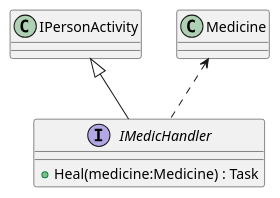
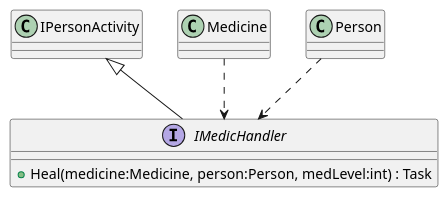
Before and after one commit to kollibroman/ColonySimulator: the diagram in UmlSchemas/ProjectSchema/Handlers/Interfaces/ProfessionsInterfaces/IMedicHandler.puml, drawn with PlantUML. The commit also changed 91 other files, not shown here.

```diff
--- a/UmlSchemas/ProjectSchema/Handlers/Interfaces/ProfessionsInterfaces/IMedicHandler.puml
+++ b/UmlSchemas/ProjectSchema/Handlers/Interfaces/ProfessionsInterfaces/IMedicHandler.puml
@@ -1,7 +1,9 @@
 @startuml
 interface IMedicHandler {
-    + Heal(medicine:Medicine) : Task
+    + Heal(medicine:Medicine, person:Person, medLevel:int) : Task
 }
 IPersonActivity <|-- IMedicHandler
-Medicine <.. IMedicHandler
+Medicine ..> IMedicHandler
+Person ..> IMedicHandler
+
 @enduml
```
